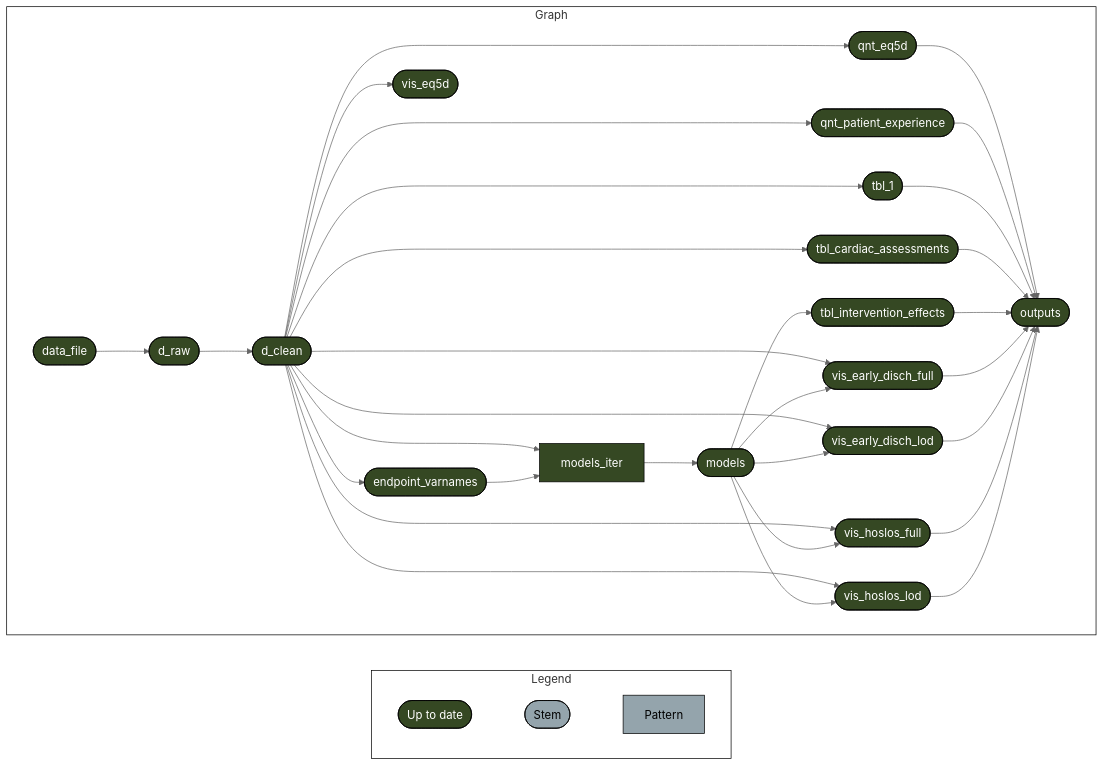
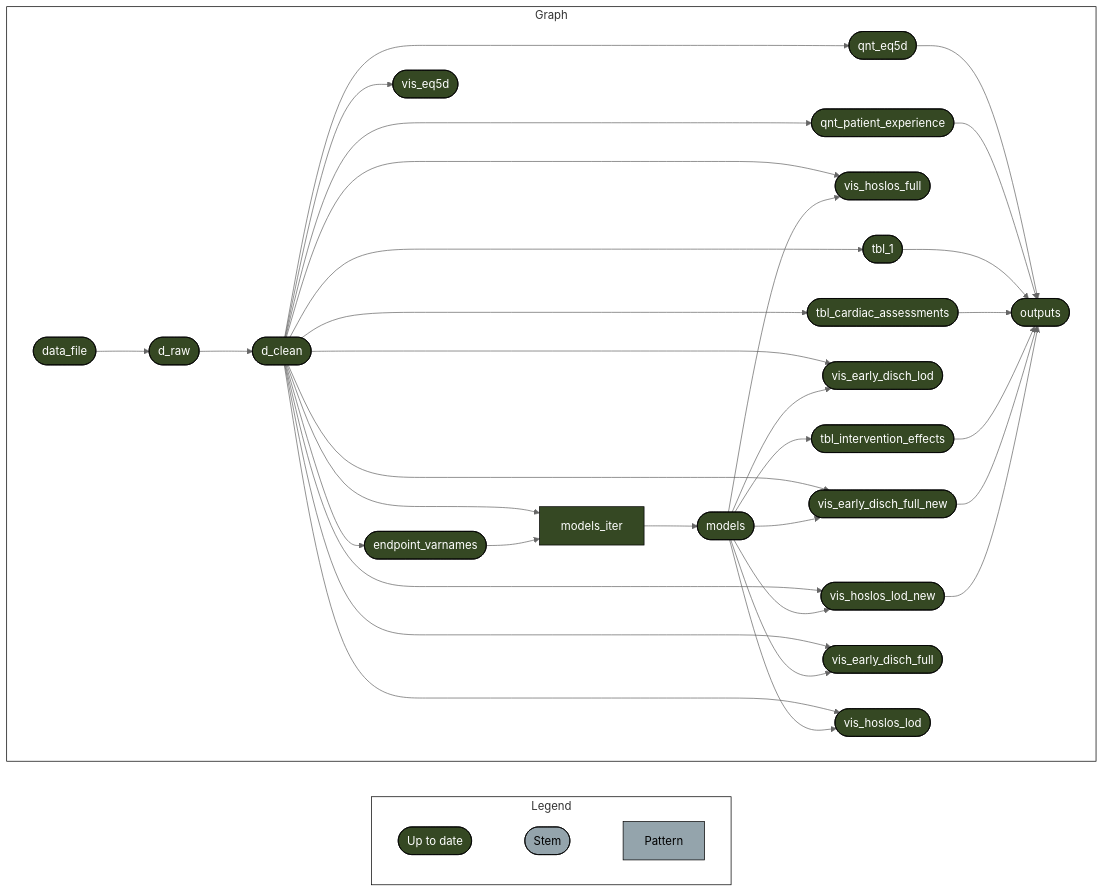
One commit to RWParsons/lod-edt changed the diagram in README.md. Above: the diagram before and after it, drawn with Mermaid (neutral theme). The commit also changed 6 other files, not shown here.

````diff
--- a/README.md
+++ b/README.md
@@ -18,46 +18,48 @@
 ``` mermaid
 graph LR
   style Legend fill:#FFFFFF00,stroke:#000000;
   style Graph fill:#FFFFFF00,stroke:#000000;
   subgraph Legend
     direction LR
     xf1522833a4d242c5([""Up to date""]):::uptodate --- xd03d7c7dd2ddda2b([""Stem""]):::none
     xd03d7c7dd2ddda2b([""Stem""]):::none --- x6f7e04ea3427f824[""Pattern""]:::none
   end
   subgraph Graph
     direction LR
+    x13b8365dcba4324c(["d_clean"]):::uptodate --> x892cfa0db67b8ac9(["vis_hoslos_lod_new"]):::uptodate
+    xaca4bed467a54ff1(["models"]):::uptodate --> x892cfa0db67b8ac9(["vis_hoslos_lod_new"]):::uptodate
     x0d01c84c9424364d(["data_file"]):::uptodate --> x56afa2603fe1d037(["d_raw"]):::uptodate
+    x13b8365dcba4324c(["d_clean"]):::uptodate --> xa49fca9999eff519(["vis_early_disch_full_new"]):::uptodate
+    xaca4bed467a54ff1(["models"]):::uptodate --> xa49fca9999eff519(["vis_early_disch_full_new"]):::uptodate
     x13b8365dcba4324c(["d_clean"]):::uptodate --> x5ba341b1daa1fc45["models_iter"]:::uptodate
     x979e976bb4cbf5ad(["endpoint_varnames"]):::uptodate --> x5ba341b1daa1fc45["models_iter"]:::uptodate
     x13b8365dcba4324c(["d_clean"]):::uptodate --> x979e976bb4cbf5ad(["endpoint_varnames"]):::uptodate
     x5ba341b1daa1fc45["models_iter"]:::uptodate --> xaca4bed467a54ff1(["models"]):::uptodate
     x13b8365dcba4324c(["d_clean"]):::uptodate --> x8c66d753e3a50a0e(["vis_hoslos_full"]):::uptodate
     xaca4bed467a54ff1(["models"]):::uptodate --> x8c66d753e3a50a0e(["vis_hoslos_full"]):::uptodate
     x13b8365dcba4324c(["d_clean"]):::uptodate --> xb59898fadcdec69f(["vis_eq5d"]):::uptodate
     x13b8365dcba4324c(["d_clean"]):::uptodate --> x7eeef084d656455c(["qnt_eq5d"]):::uptodate
     x13b8365dcba4324c(["d_clean"]):::uptodate --> xa2439dbf9eab4d88(["tbl_cardiac_assessments"]):::uptodate
     x13b8365dcba4324c(["d_clean"]):::uptodate --> x499e10682e6f581e(["vis_early_disch_lod"]):::uptodate
     xaca4bed467a54ff1(["models"]):::uptodate --> x499e10682e6f581e(["vis_early_disch_lod"]):::uptodate
     x7eeef084d656455c(["qnt_eq5d"]):::uptodate --> xf2656b6bb75dfabe(["outputs"]):::uptodate
     xd979d4bdf1b06554(["qnt_patient_experience"]):::uptodate --> xf2656b6bb75dfabe(["outputs"]):::uptodate
     xd34032695f0ff868(["tbl_1"]):::uptodate --> xf2656b6bb75dfabe(["outputs"]):::uptodate
     xa2439dbf9eab4d88(["tbl_cardiac_assessments"]):::uptodate --> xf2656b6bb75dfabe(["outputs"]):::uptodate
     x1b37a08095af01ef(["tbl_intervention_effects"]):::uptodate --> xf2656b6bb75dfabe(["outputs"]):::uptodate
-    x52f8121952cb8115(["vis_early_disch_full"]):::uptodate --> xf2656b6bb75dfabe(["outputs"]):::uptodate
-    x499e10682e6f581e(["vis_early_disch_lod"]):::uptodate --> xf2656b6bb75dfabe(["outputs"]):::uptodate
-    x8c66d753e3a50a0e(["vis_hoslos_full"]):::uptodate --> xf2656b6bb75dfabe(["outputs"]):::uptodate
-    x7d0e04e515a3eb8e(["vis_hoslos_lod"]):::uptodate --> xf2656b6bb75dfabe(["outputs"]):::uptodate
+    xa49fca9999eff519(["vis_early_disch_full_new"]):::uptodate --> xf2656b6bb75dfabe(["outputs"]):::uptodate
+    x892cfa0db67b8ac9(["vis_hoslos_lod_new"]):::uptodate --> xf2656b6bb75dfabe(["outputs"]):::uptodate
     xaca4bed467a54ff1(["models"]):::uptodate --> x1b37a08095af01ef(["tbl_intervention_effects"]):::uptodate
     x13b8365dcba4324c(["d_clean"]):::uptodate --> xd979d4bdf1b06554(["qnt_patient_experience"]):::uptodate
     x13b8365dcba4324c(["d_clean"]):::uptodate --> xd34032695f0ff868(["tbl_1"]):::uptodate
     x13b8365dcba4324c(["d_clean"]):::uptodate --> x52f8121952cb8115(["vis_early_disch_full"]):::uptodate
     xaca4bed467a54ff1(["models"]):::uptodate --> x52f8121952cb8115(["vis_early_disch_full"]):::uptodate
     x56afa2603fe1d037(["d_raw"]):::uptodate --> x13b8365dcba4324c(["d_clean"]):::uptodate
     x13b8365dcba4324c(["d_clean"]):::uptodate --> x7d0e04e515a3eb8e(["vis_hoslos_lod"]):::uptodate
     xaca4bed467a54ff1(["models"]):::uptodate --> x7d0e04e515a3eb8e(["vis_hoslos_lod"]):::uptodate
   end
   classDef uptodate stroke:#000000,color:#ffffff,fill:#354823;
   classDef none stroke:#000000,color:#000000,fill:#94a4ac;
   linkStyle 0 stroke-width:0px;
   linkStyle 1 stroke-width:0px;
 ```
````
